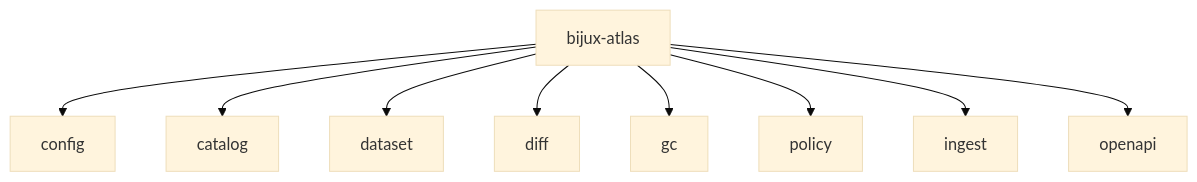
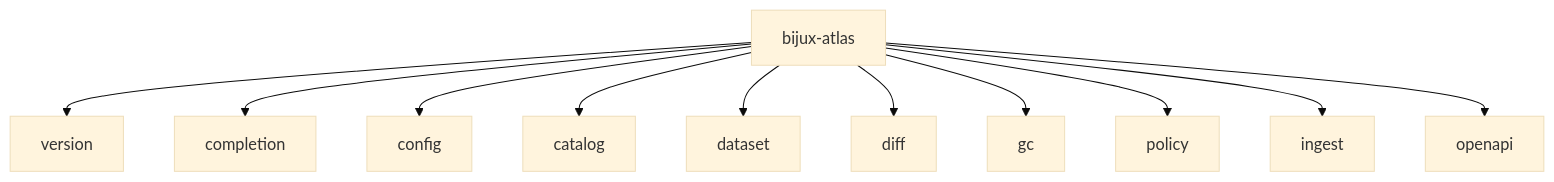
The first of 2 diagrams in docs/07-reference/command-surface.md (bijux/bijux-atlas), drawn with Mermaid (base theme) before and after one commit. The commit also changed other lines of this file and 2 other files, not shown here.

Commit message:
docs(architecture): explain system and surface boundaries

````diff
--- a/docs/07-reference/command-surface.md
+++ b/docs/07-reference/command-surface.md
@@ -16,11 +16,13 @@
 ```mermaid
 flowchart TD
+    CLI[bijux-atlas] --> Version[version]
+    CLI --> Completion[completion]
     CLI[bijux-atlas] --> Config[config]
     CLI --> Catalog[catalog]
     CLI --> Dataset[dataset]
     CLI --> Diff[diff]
     CLI --> Gc[gc]
     CLI --> Policy[policy]
     CLI --> Ingest[ingest]
     CLI --> OpenAPI[openapi]
 ```
````
